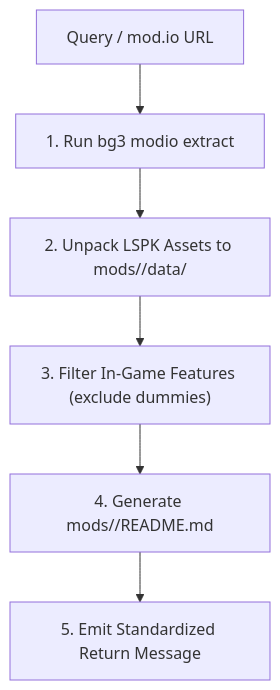
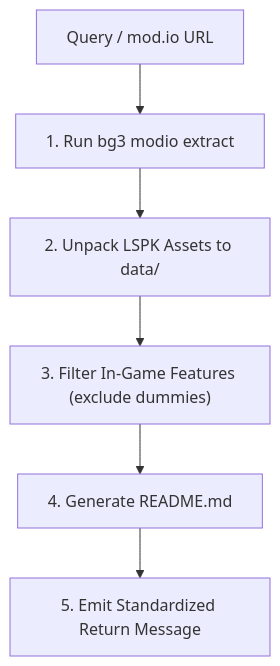
Before and after one commit to jpelton-stroud/bg3-mod-studio: the diagram in packages/bg3-core/bg3_core/skills/bg3-document-single-mod/SKILL.md, drawn with Mermaid. The commit also changed other lines of this file and 25 other files, not shown here.

````diff
--- a/packages/bg3-core/bg3_core/skills/bg3-document-single-mod/SKILL.md
+++ b/packages/bg3-core/bg3_core/skills/bg3-document-single-mod/SKILL.md
@@ -21,8 +21,8 @@
 ```mermaid
 flowchart TD
     Start["Query / mod.io URL"] --> Extract["1. Run bg3 modio extract"]
-    Extract --> Decompress["2. Unpack LSPK Assets to mods/<slug>/data/"]
+    Extract --> Decompress["2. Unpack LSPK Assets to data/"]
     Decompress --> Validate["3. Filter In-Game Features (exclude dummies)"]
-    Validate --> Schema["4. Generate mods/<slug>/README.md"]
+    Validate --> Schema["4. Generate README.md"]
     Schema --> Status["5. Emit Standardized Return Message"]
 ```
````
